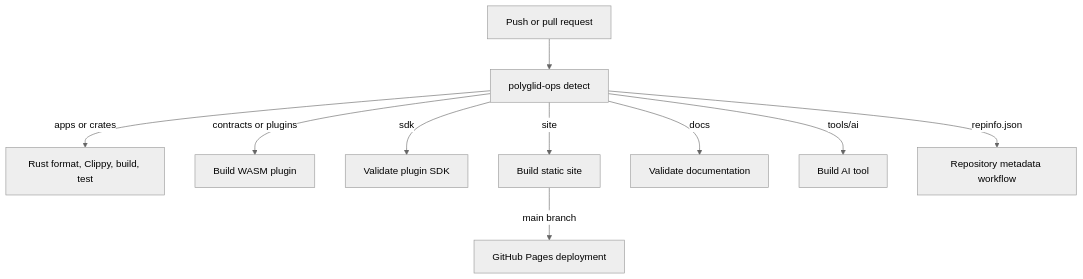
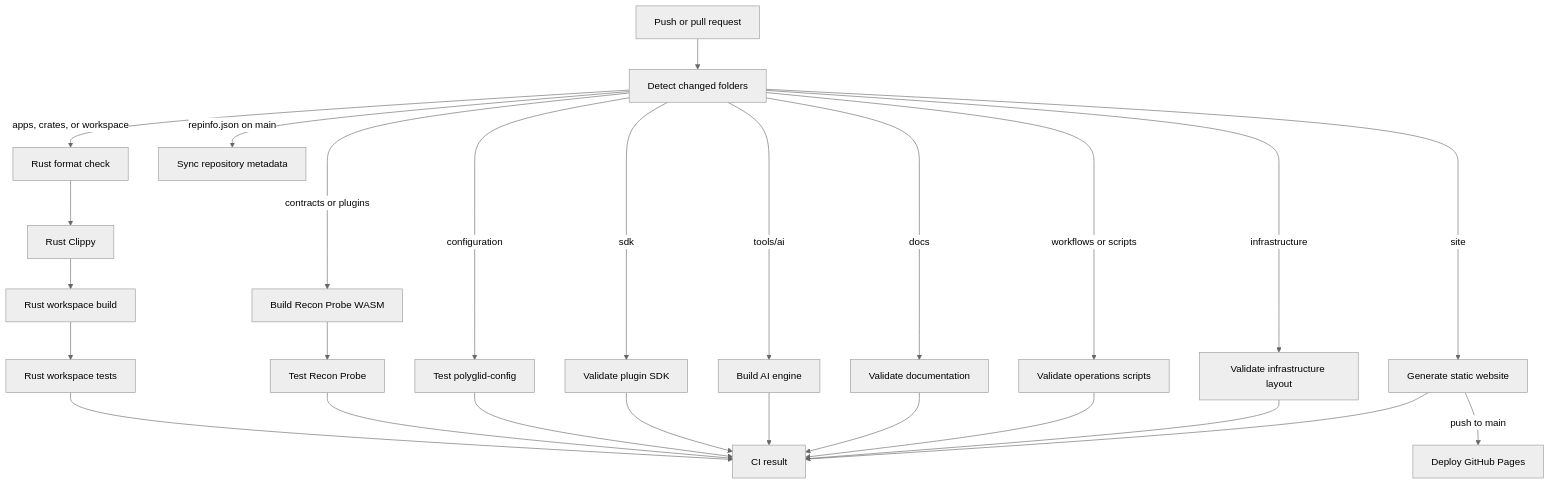
Before and after one commit to anonto42/poly.glid_security_workspace: the third of 4 diagrams in docs/architecture/PROJECT_FLOW.md, drawn with Mermaid (neutral theme). The commit also changed other lines of this file and 4 other files, not shown here.

Commit message:
ci: visualize workflow dependency graph

````diff
--- a/docs/architecture/PROJECT_FLOW.md
+++ b/docs/architecture/PROJECT_FLOW.md
@@ -66,12 +66,34 @@
 ```mermaid
 flowchart TD
-    Push[Push or pull request] --> Detect[polyglid-ops detect]
-    Detect -->|apps or crates| Rust[Rust format, Clippy, build, test]
-    Detect -->|contracts or plugins| Wasm[Build WASM plugin]
+    Push[Push or pull request] --> Detect[Detect changed folders]
+
+    Detect -->|apps, crates, or workspace| Format[Rust format check]
+    Format --> Clippy[Rust Clippy]
+    Clippy --> Build[Rust workspace build]
+    Build --> Tests[Rust workspace tests]
+
+    Detect -->|contracts or plugins| WasmBuild[Build Recon Probe WASM]
+    WasmBuild --> WasmTest[Test Recon Probe]
+
+    Detect -->|configuration| Config[Test polyglid-config]
     Detect -->|sdk| SDK[Validate plugin SDK]
-    Detect -->|site| SiteBuild[Build static site]
+    Detect -->|tools/ai| AI[Build AI engine]
     Detect -->|docs| Docs[Validate documentation]
-    Detect -->|tools/ai| AI[Build AI tool]
-    Detect -->|repinfo.json| Metadata[Repository metadata workflow]
-    SiteBuild -->|main branch| Pages[GitHub Pages deployment]
+    Detect -->|workflows or scripts| Ops[Validate operations scripts]
+    Detect -->|infrastructure| Infra[Validate infrastructure layout]
+
+    Detect -->|site| SiteBuild[Generate static website]
+    SiteBuild -->|push to main| Pages[Deploy GitHub Pages]
+
+    Detect -->|repinfo.json on main| Metadata[Sync repository metadata]
+
+    Tests --> Result[CI result]
+    WasmTest --> Result
+    Config --> Result
+    SDK --> Result
+    AI --> Result
+    Docs --> Result
+    Ops --> Result
+    Infra --> Result
+    SiteBuild --> Result
 ```
````
